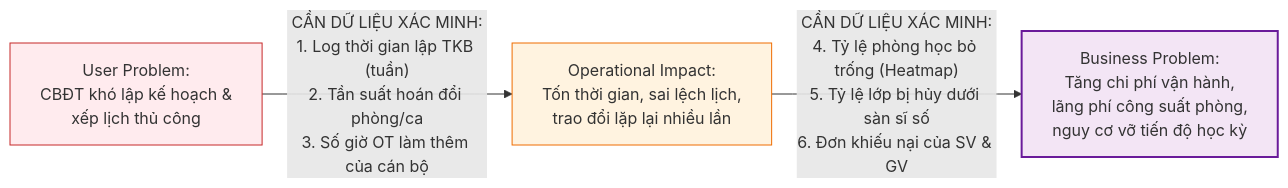
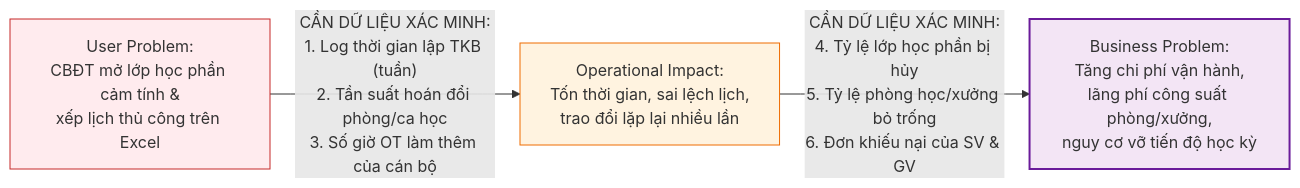
The second of 3 diagrams in bai-tap-1/BAO-CAO-TONG-HOP-NHOM.md (cacancap/IT3120_QuanLyDaoTao), drawn with Mermaid before and after one commit. The commit also changed other lines of this file, not shown here.

````diff
--- a/bai-tap-1/BAO-CAO-TONG-HOP-NHOM.md
+++ b/bai-tap-1/BAO-CAO-TONG-HOP-NHOM.md
@@ -139,9 +161,9 @@
 ```mermaid
 flowchart LR
-    UP["User Problem:<br/>CBĐT khó lập kế hoạch &<br/>xếp lịch thủ công"] -->|"CẦN DỮ LIỆU XÁC MINH:<br/>1. Log thời gian lập TKB (tuần)<br/>2. Tần suất hoán đổi phòng/ca<br/>3. Số giờ OT làm thêm của cán bộ"| OI["Operational Impact:<br/>Tốn thời gian, sai lệch lịch,<br/>trao đổi lặp lại nhiều lần"]
-    OI -->|"CẦN DỮ LIỆU XÁC MINH:<br/>4. Tỷ lệ phòng học bỏ trống (Heatmap)<br/>5. Tỷ lệ lớp bị hủy dưới sàn sĩ số<br/>6. Đơn khiếu nại của SV & GV"| BP["Business Problem:<br/>Tăng chi phí vận hành,<br/>lãng phí công suất phòng,<br/>nguy cơ vỡ tiến độ học kỳ"]
+    UP["User Problem:<br/>CBĐT mở lớp học phần cảm tính &<br/>xếp lịch thủ công trên Excel"] -->|"CẦN DỮ LIỆU XÁC MINH:<br/>1. Log thời gian lập TKB (tuần)<br/>2. Tần suất hoán đổi phòng/ca học<br/>3. Số giờ OT làm thêm của cán bộ"| OI["Operational Impact:<br/>Tốn thời gian, sai lệch lịch,<br/>trao đổi lặp lại nhiều lần"]
+    OI -->|"CẦN DỮ LIỆU XÁC MINH:<br/>4. Tỷ lệ lớp học phần bị hủy<br/>5. Tỷ lệ phòng học/xưởng bỏ trống<br/>6. Đơn khiếu nại của SV & GV"| BP["Business Problem:<br/>Tăng chi phí vận hành,<br/>lãng phí công suất phòng/xưởng,<br/>nguy cơ vỡ tiến độ học kỳ"]
     
     style UP fill:#ffebee,stroke:#c62828,stroke-width:1px
     style OI fill:#fff3e0,stroke:#ef6c00,stroke-width:1px
     style BP fill:#f3e5f5,stroke:#6a1b9a,stroke-width:2px
 ```
````
